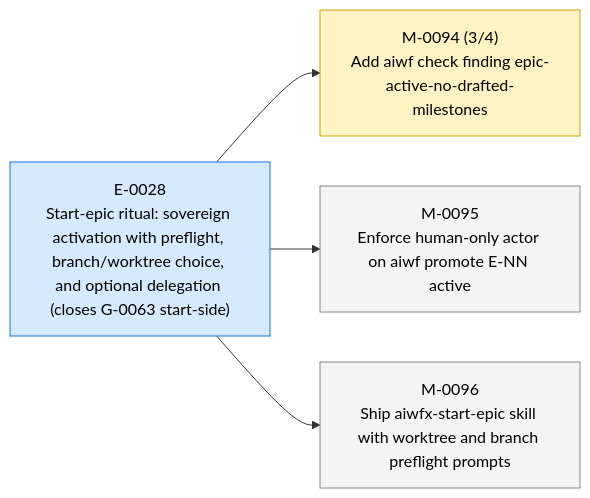
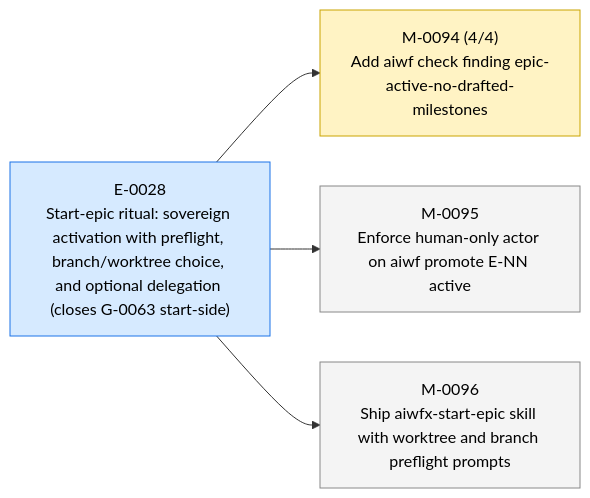
One commit to 23min/aiwf changed the first of 3 diagrams in STATUS.md. Above: the diagram before and after it, drawn with Mermaid. The commit also changed other lines of this file and 1 other file, not shown here.

First line of the commit message:
aiwf promote M-0094/AC-4 open -> met

````diff
--- a/STATUS.md
+++ b/STATUS.md
@@ -13,16 +13,16 @@
 ```mermaid
 flowchart LR
   E_0028["E-0028<br/>Start-epic ritual: sovereign activation with preflight, branch/worktree choice, and optional delegation (closes G-0063 start-side)"]:::epic_active
-  M_0094["M-0094 (3/4)<br/>Add aiwf check finding epic-active-no-drafted-milestones"]:::ms_in_progress
+  M_0094["M-0094 (4/4)<br/>Add aiwf check finding epic-active-no-drafted-milestones"]:::ms_in_progress
   E_0028 --> M_0094
   M_0095["M-0095<br/>Enforce human-only actor on aiwf promote E-NN active"]:::ms_draft
   E_0028 --> M_0095
   M_0096["M-0096<br/>Ship aiwfx-start-epic skill with worktree and branch preflight prompts"]:::ms_draft
   E_0028 --> M_0096
   classDef epic_active fill:#d6eaff,stroke:#1a73e8,color:#000
   classDef epic_proposed fill:#f4f4f4,stroke:#888,color:#000
   classDef ms_done fill:#d8f5d8,stroke:#2a8a2a,color:#000
   classDef ms_in_progress fill:#fff3c4,stroke:#caa400,color:#000
   classDef ms_draft fill:#f4f4f4,stroke:#888,color:#000
   classDef ms_cancelled fill:#fbeaea,stroke:#c33,color:#000
 ```
````
